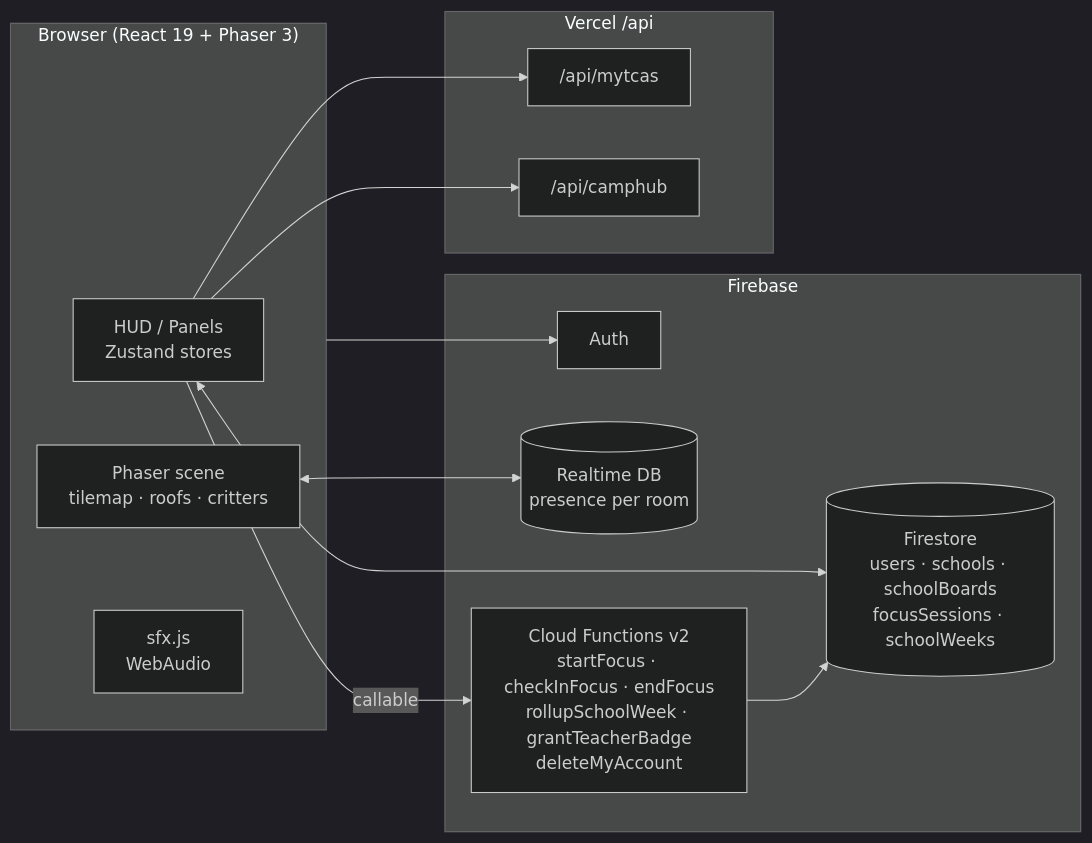
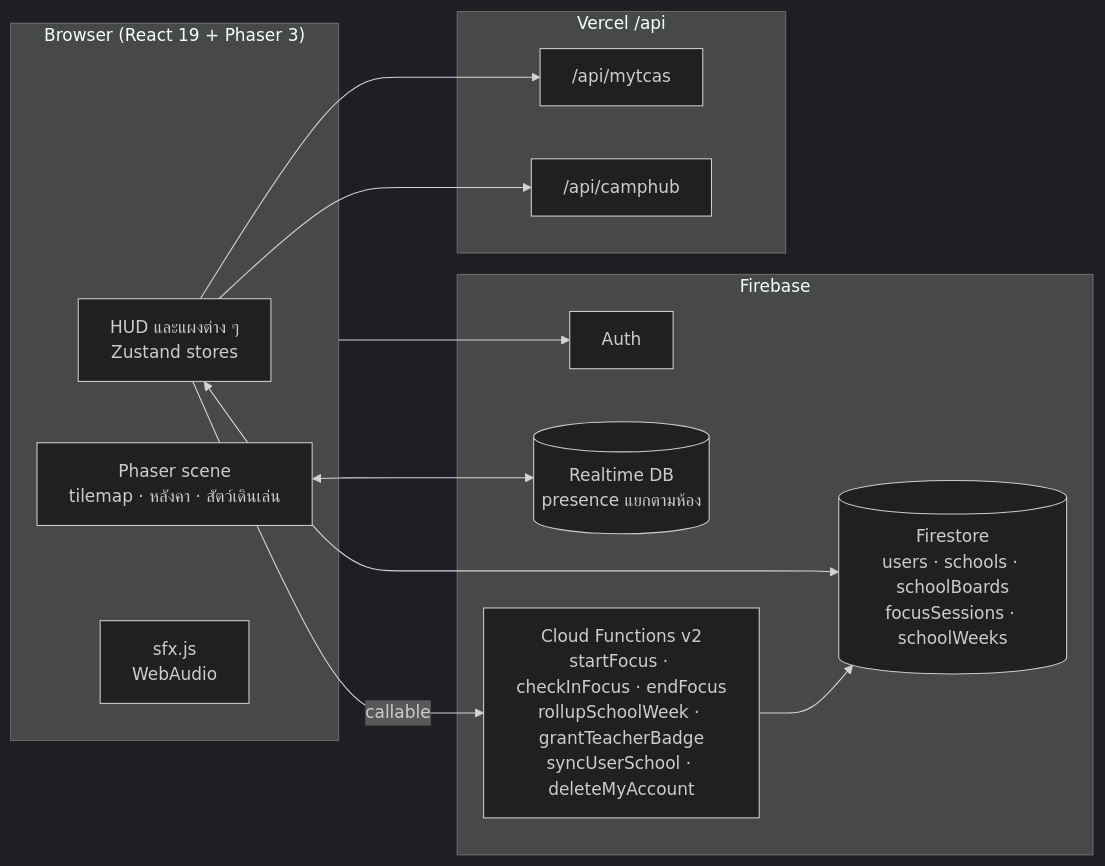
The diagram in README.md (Su-Korawit/Roller-Coaster-Dot-To-Dearm), drawn with Mermaid (dark theme) before and after one commit. The commit also changed other lines of this file, not shown here.

````diff
--- a/README.md
+++ b/README.md
@@ -52,25 +53,25 @@
 ```mermaid
 flowchart LR
   subgraph Client["Browser (React 19 + Phaser 3)"]
-    UI["HUD / Panels<br/>Zustand stores"]
-    Game["Phaser scene<br/>tilemap · roofs · critters"]
+    UI["HUD และแผงต่าง ๆ<br/>Zustand stores"]
+    Game["Phaser scene<br/>tilemap · หลังคา · สัตว์เดินเล่น"]
     SFX["sfx.js<br/>WebAudio"]
   end
   subgraph Firebase
     Auth["Auth"]
     FS[("Firestore<br/>users · schools · schoolBoards<br/>focusSessions · schoolWeeks")]
-    RTDB[("Realtime DB<br/>presence per room")]
-    Fn["Cloud Functions v2<br/>startFocus · checkInFocus · endFocus<br/>rollupSchoolWeek · grantTeacherBadge<br/>deleteMyAccount"]
+    RTDB[("Realtime DB<br/>presence แยกตามห้อง")]
+    Fn["Cloud Functions v2<br/>startFocus · checkInFocus · endFocus<br/>rollupSchoolWeek · grantTeacherBadge<br/>syncUserSchool · deleteMyAccount"]
   end
   subgraph Vercel["Vercel /api"]
     TCAS["/api/mytcas"]
     Camp["/api/camphub"]
   end
   UI <--> FS
   Game <--> RTDB
   UI -- callable --> Fn
   Fn --> FS
   UI --> TCAS
   UI --> Camp
   Client --> Auth
 ```
````
